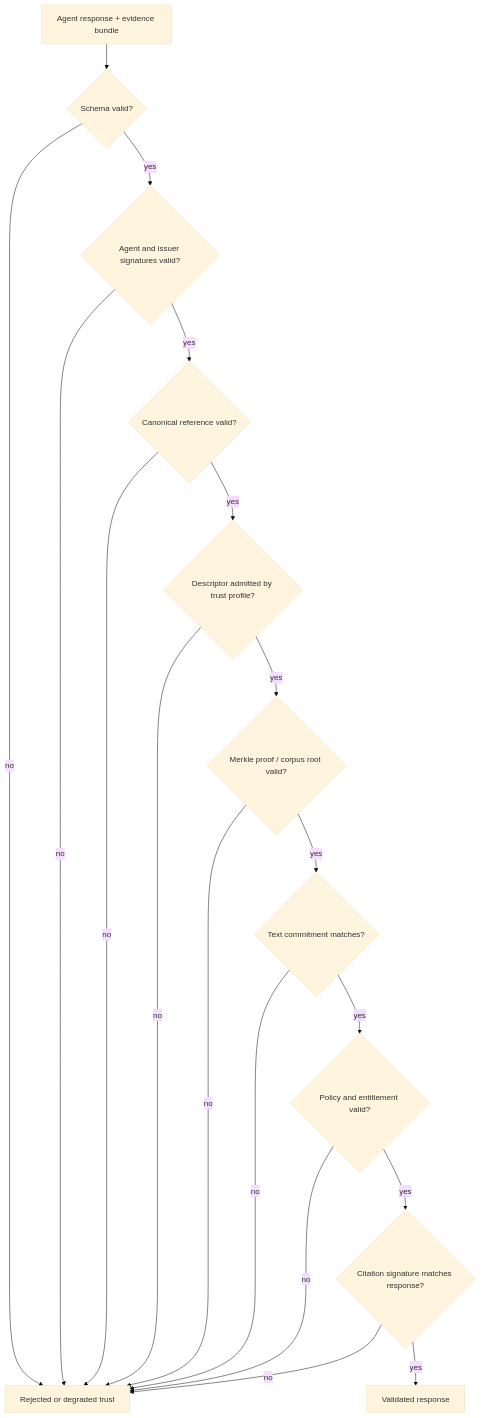
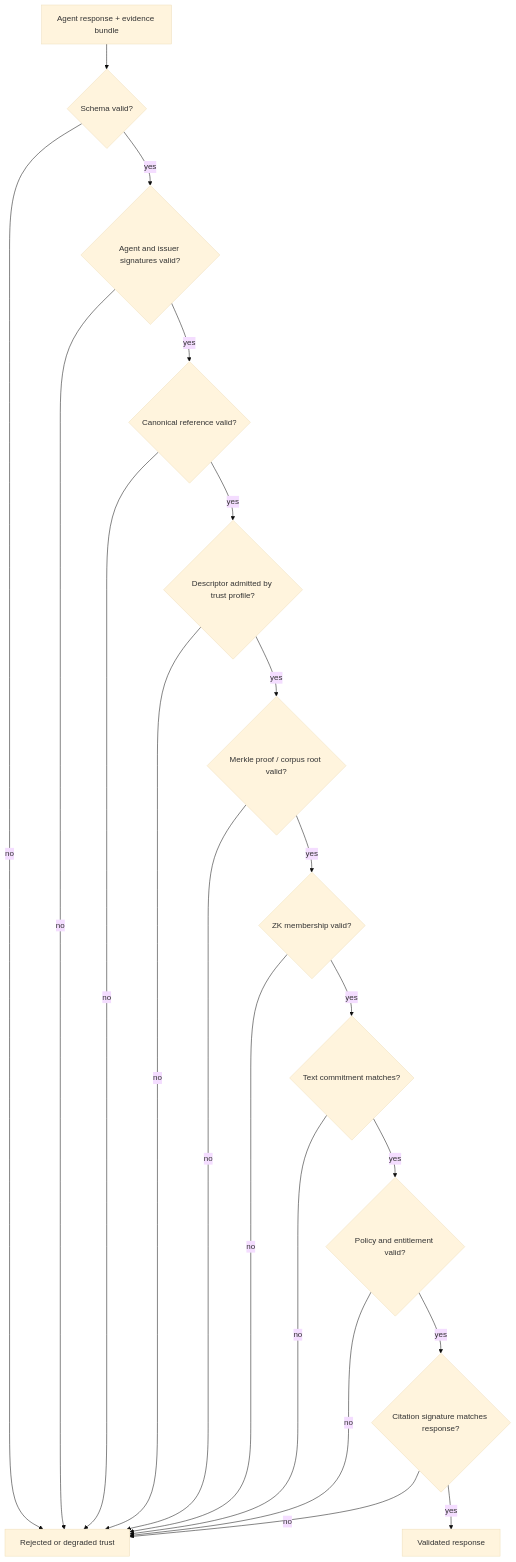
Before and after one commit to rpedersen3/verifiable-content-demo: the third of 3 diagrams in documents/agentic-trust-technical-description.md, drawn with Mermaid (base theme). The commit also changed other lines of this file and 9 other files, not shown here.

````diff
--- a/documents/agentic-trust-technical-description.md
+++ b/documents/agentic-trust-technical-description.md
@@ -294,32 +321,35 @@
 ```mermaid
 flowchart TD
   Bundle["Agent response + evidence bundle"]
   Shape{"Schema valid?"}
   Identity{"Agent and issuer signatures valid?"}
   Reference{"Canonical reference valid?"}
   Descriptor{"Descriptor admitted by trust profile?"}
   Corpus{"Merkle proof / corpus root valid?"}
+  ZK{"ZK membership valid?"}
   Text{"Text commitment matches?"}
   Policy{"Policy and entitlement valid?"}
   Citation{"Citation signature matches response?"}
   Pass["Validated response"]
   Fail["Rejected or degraded trust"]
 
   Bundle --> Shape
   Shape -->|no| Fail
   Shape -->|yes| Identity
   Identity -->|no| Fail
   Identity -->|yes| Reference
   Reference -->|no| Fail
   Reference -->|yes| Descriptor
   Descriptor -->|no| Fail
   Descriptor -->|yes| Corpus
   Corpus -->|no| Fail
-  Corpus -->|yes| Text
+  Corpus -->|yes| ZK
+  ZK -->|no| Fail
+  ZK -->|yes| Text
   Text -->|no| Fail
   Text -->|yes| Policy
   Policy -->|no| Fail
   Policy -->|yes| Citation
   Citation -->|no| Fail
   Citation -->|yes| Pass
 ```
````
